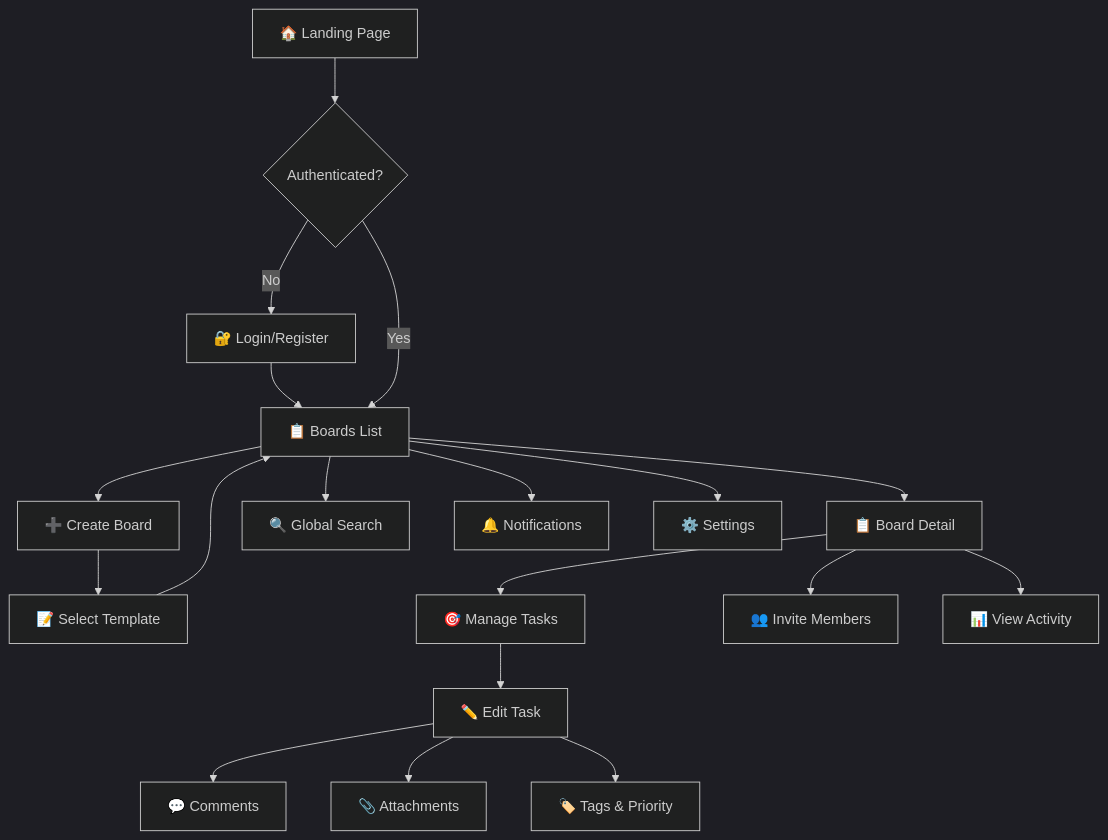
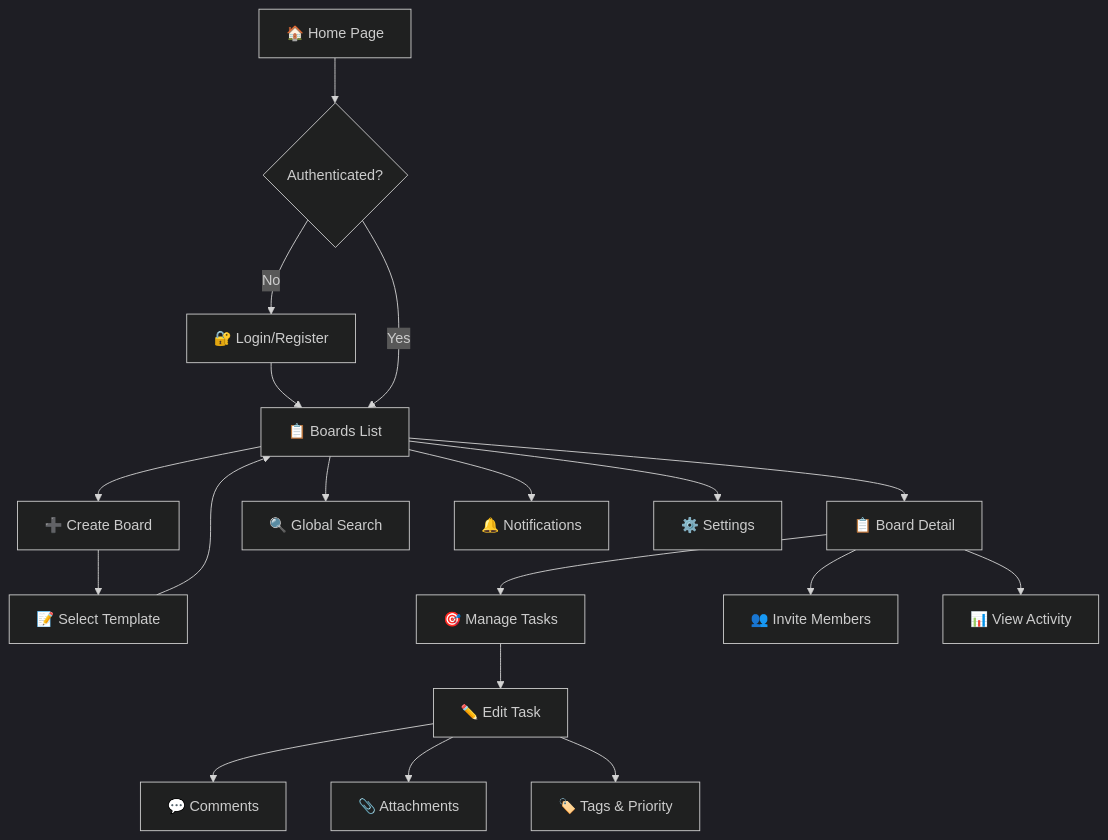
The diagram in README.md (p-igor89/kanban_pasv), drawn with Mermaid (dark theme) before and after one commit. The commit also changed 2 other files, not shown here.

Commit message:
Fix attachment deletion - add missing DELETE handler
- Add DELETE handler to attachments API route (was completely missing)
- Implement proper authorization checks (uploader or board owner)
- Delete from both storage and database
- Log activity on deletion
- Add 8 tests covering attachment deletion scenarios

Fixes: "Failed to delete file" error

````diff
--- a/README.md
+++ b/README.md
@@ -157,25 +157,25 @@
 ```mermaid
 flowchart TD
-    A[🏠 Landing Page] --> B{Authenticated?}
+    A[🏠 Home Page] --> B{Authenticated?}
     B -->|No| C[🔐 Login/Register]
     C --> D[📋 Boards List]
     B -->|Yes| D
 
     D --> E[➕ Create Board]
     E --> F[📝 Select Template]
     F --> D
 
     D --> G[📋 Board Detail]
     G --> H[🎯 Manage Tasks]
     G --> I[👥 Invite Members]
     G --> J[📊 View Activity]
 
     H --> K[✏️ Edit Task]
     K --> L[💬 Comments]
     K --> M[📎 Attachments]
     K --> N[🏷️ Tags & Priority]
 
     D --> O[🔍 Global Search]
     D --> P[🔔 Notifications]
     D --> Q[⚙️ Settings]
 ```
````
